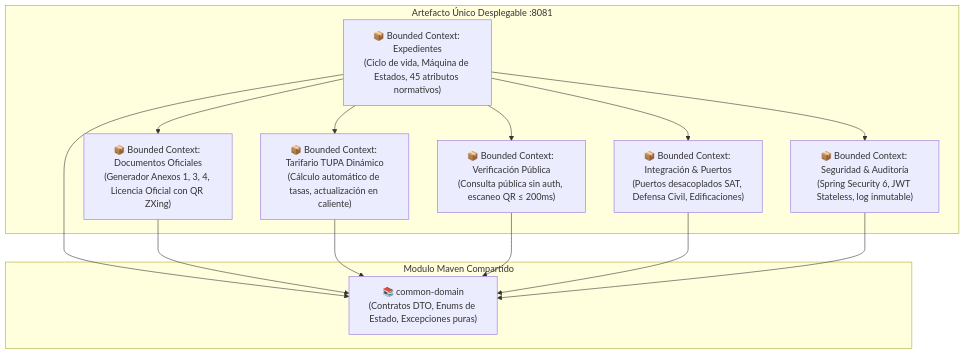
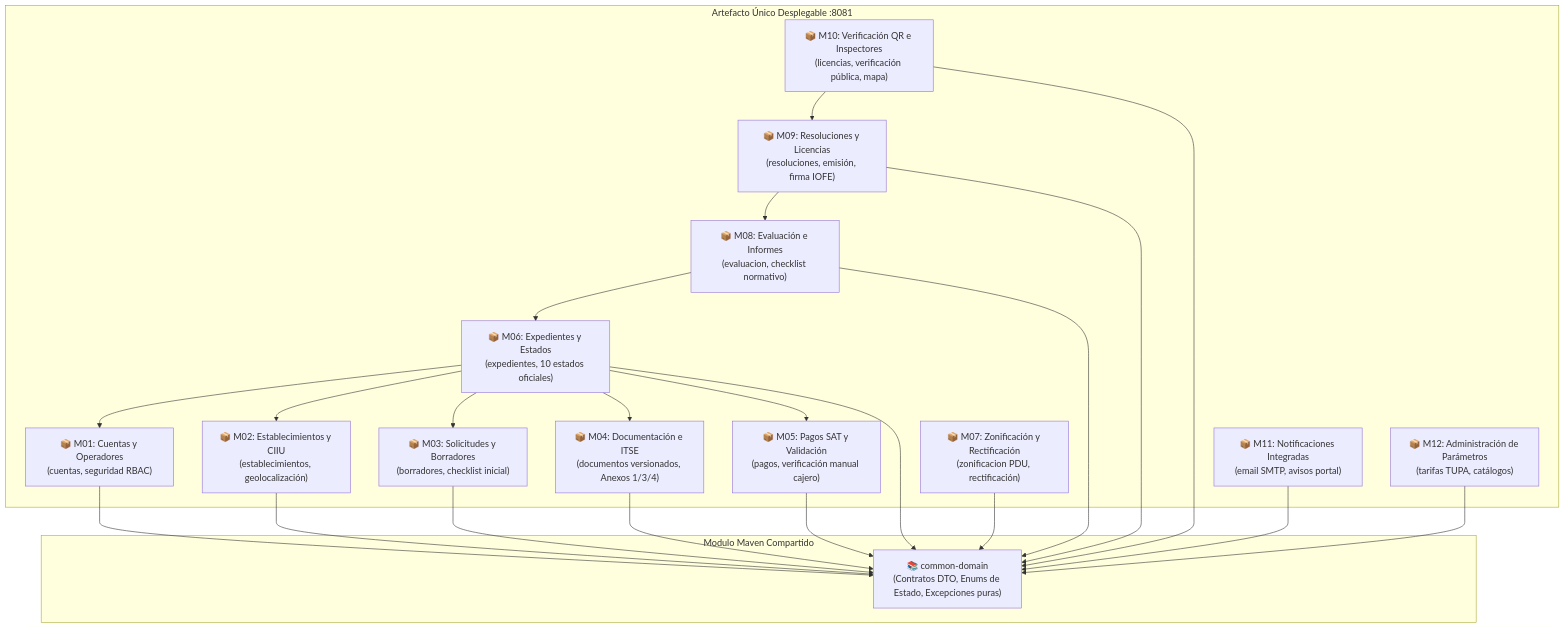
One commit to Issirc20/MuniHuamanga changed the diagram in docs/arquitectura/estilo-arquitectonico.md. Above: the diagram before and after it, drawn with Mermaid. The commit also changed other lines of this file and 4 other files, not shown here.

Commit message:
docs(architecture): consolidar estilo enfoque C4 y diseno V2

````diff
--- a/docs/arquitectura/estilo-arquitectonico.md
+++ b/docs/arquitectura/estilo-arquitectonico.md
@@ -21,28 +18,43 @@
 ```mermaid
 graph TD
     subgraph Monolito Modular: servicio-expedientes [Artefacto Único Desplegable :8081]
-        BC1["📦 Bounded Context: Expedientes<br/>(Ciclo de vida, Máquina de Estados, 45 atributos normativos)"]
-        BC2["📦 Bounded Context: Documentos Oficiales<br/>(Generador Anexos 1, 3, 4, Licencia Oficial con QR ZXing)"]
-        BC3["📦 Bounded Context: Tarifario TUPA Dinámico<br/>(Cálculo automático de tasas, actualización en caliente)"]
-        BC4["📦 Bounded Context: Verificación Pública<br/>(Consulta pública sin auth, escaneo QR ≤ 200ms)"]
-        BC5["📦 Bounded Context: Integración & Puertos<br/>(Puertos desacoplados SAT, Defensa Civil, Edificaciones)"]
-        BC6["📦 Bounded Context: Seguridad & Auditoría<br/>(Spring Security 6, JWT Stateless, log inmutable)"]
+        M01["📦 M01: Cuentas y Operadores<br/>(cuentas, seguridad RBAC)"]
+        M02["📦 M02: Establecimientos y CIIU<br/>(establecimientos, geolocalización)"]
+        M03["📦 M03: Solicitudes y Borradores<br/>(borradores, checklist inicial)"]
+        M04["📦 M04: Documentación e ITSE<br/>(documentos versionados, Anexos 1/3/4)"]
+        M05["📦 M05: Pagos SAT y Validación<br/>(pagos, verificación manual cajero)"]
+        M06["📦 M06: Expedientes y Estados<br/>(expedientes, 10 estados oficiales)"]
+        M07["📦 M07: Zonificación y Rectificación<br/>(zonificacion PDU, rectificación)"]
+        M08["📦 M08: Evaluación e Informes<br/>(evaluacion, checklist normativo)"]
+        M09["📦 M09: Resoluciones y Licencias<br/>(resoluciones, emisión, firma IOFE)"]
+        M10["📦 M10: Verificación QR e Inspectores<br/>(licencias, verificación pública, mapa)"]
+        M11["📦 M11: Notificaciones Integradas<br/>(email SMTP, avisos portal)"]
+        M12["📦 M12: Administración de Parámetros<br/>(tarifas TUPA, catálogos)"]
     end
 
     subgraph Modulo Maven Compartido
         CD["📚 common-domain<br/>(Contratos DTO, Enums de Estado, Excepciones puras)"]
     end
 
-    BC1 --> CD
-    BC2 --> CD
-    BC3 --> CD
-    BC4 --> CD
-    BC5 --> CD
-    BC6 --> CD
+    M01 --> CD
+    M02 --> CD
+    M03 --> CD
+    M04 --> CD
+    M05 --> CD
+    M06 --> CD
+    M07 --> CD
+    M08 --> CD
+    M09 --> CD
+    M10 --> CD
+    M11 --> CD
+    M12 --> CD
 
-    BC1 --> BC2
-    BC1 --> BC3
-    BC1 --> BC4
-    BC1 --> BC5
-    BC1 --> BC6
+    M06 --> M01
+    M06 --> M02
+    M06 --> M03
+    M06 --> M04
+    M06 --> M05
+    M08 --> M06
+    M09 --> M08
+    M10 --> M09
 ```
````
